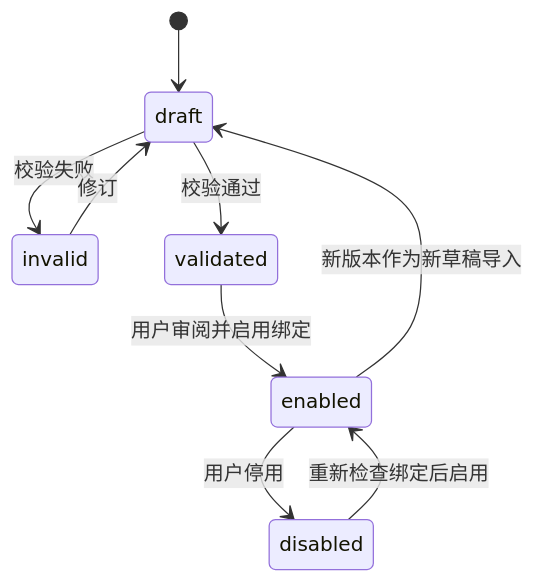
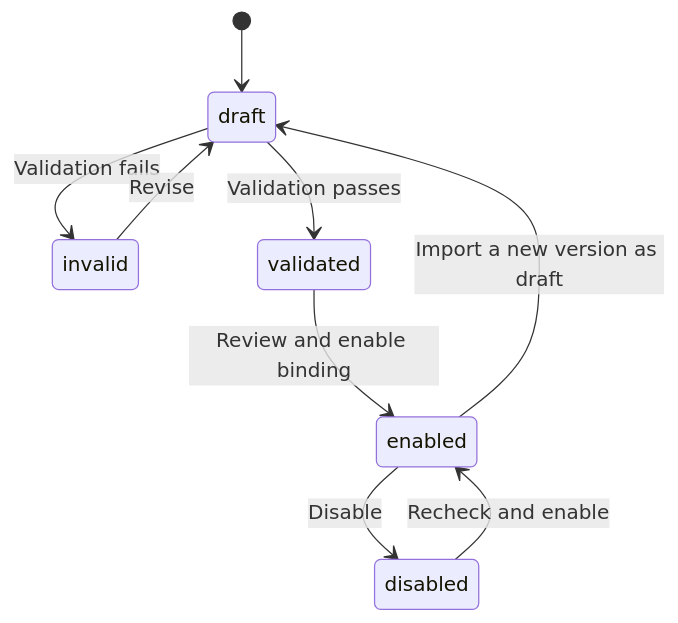
One commit to limecloud/shou changed the second of 3 diagrams in docs/architecture/data-model.md. Above: the diagram before and after it, drawn with Mermaid. The commit also changed other lines of this file and 46 other files, not shown here.

````diff
--- a/docs/architecture/data-model.md
+++ b/docs/architecture/data-model.md
@@ -42,11 +44,11 @@
 ```mermaid
 stateDiagram-v2
     [*] --> draft
-    draft --> invalid: 校验失败
-    invalid --> draft: 修订
-    draft --> validated: 校验通过
-    validated --> enabled: 用户审阅并启用绑定
-    enabled --> disabled: 用户停用
-    disabled --> enabled: 重新检查绑定后启用
-    enabled --> draft: 新版本作为新草稿导入
+    draft --> invalid: Validation fails
+    invalid --> draft: Revise
+    draft --> validated: Validation passes
+    validated --> enabled: Review and enable binding
+    enabled --> disabled: Disable
+    disabled --> enabled: Recheck and enable
+    enabled --> draft: Import a new version as draft
 ```
````
